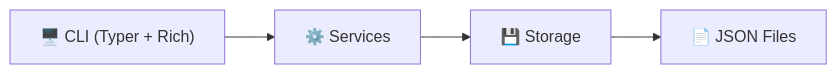
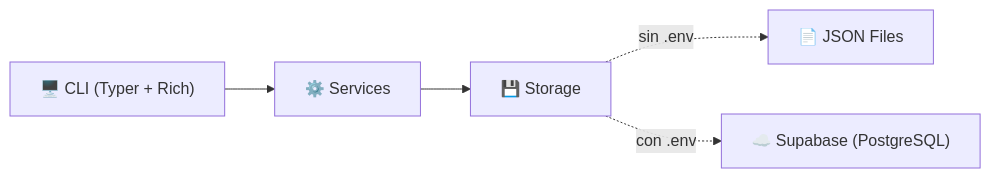
Before and after one commit to Emmanuelrua/Restaurante: the diagram in docs/index.md, drawn with Mermaid. The commit also changed other lines of this file and 20 other files, not shown here.

````diff
--- a/docs/index.md
+++ b/docs/index.md
@@ -24,9 +25,12 @@
 ```mermaid
 flowchart LR
     CLI["🖥️ CLI (Typer + Rich)"]
     SVC["⚙️ Services"]
     STR["💾 Storage"]
     JSON["📄 JSON Files"]
+    SB["☁️ Supabase (PostgreSQL)"]
 
-    CLI --> SVC --> STR --> JSON
+    CLI --> SVC --> STR
+    STR -. "sin .env" .-> JSON
+    STR -. "con .env" .-> SB
 ```
````
